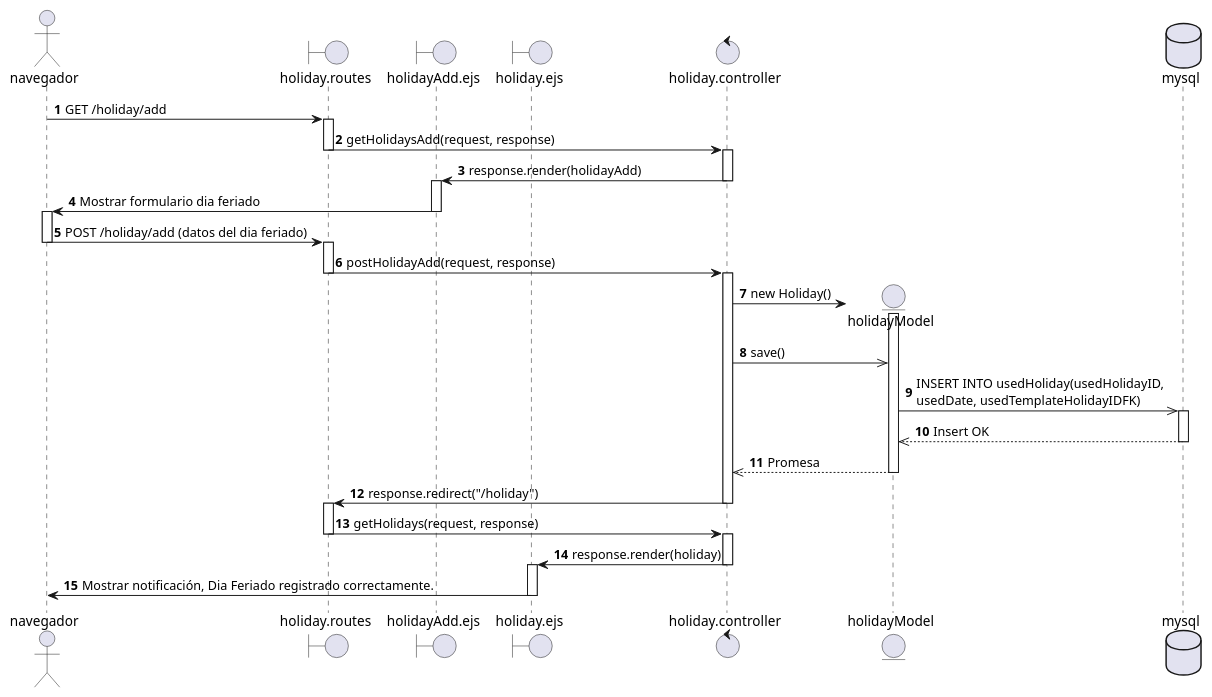
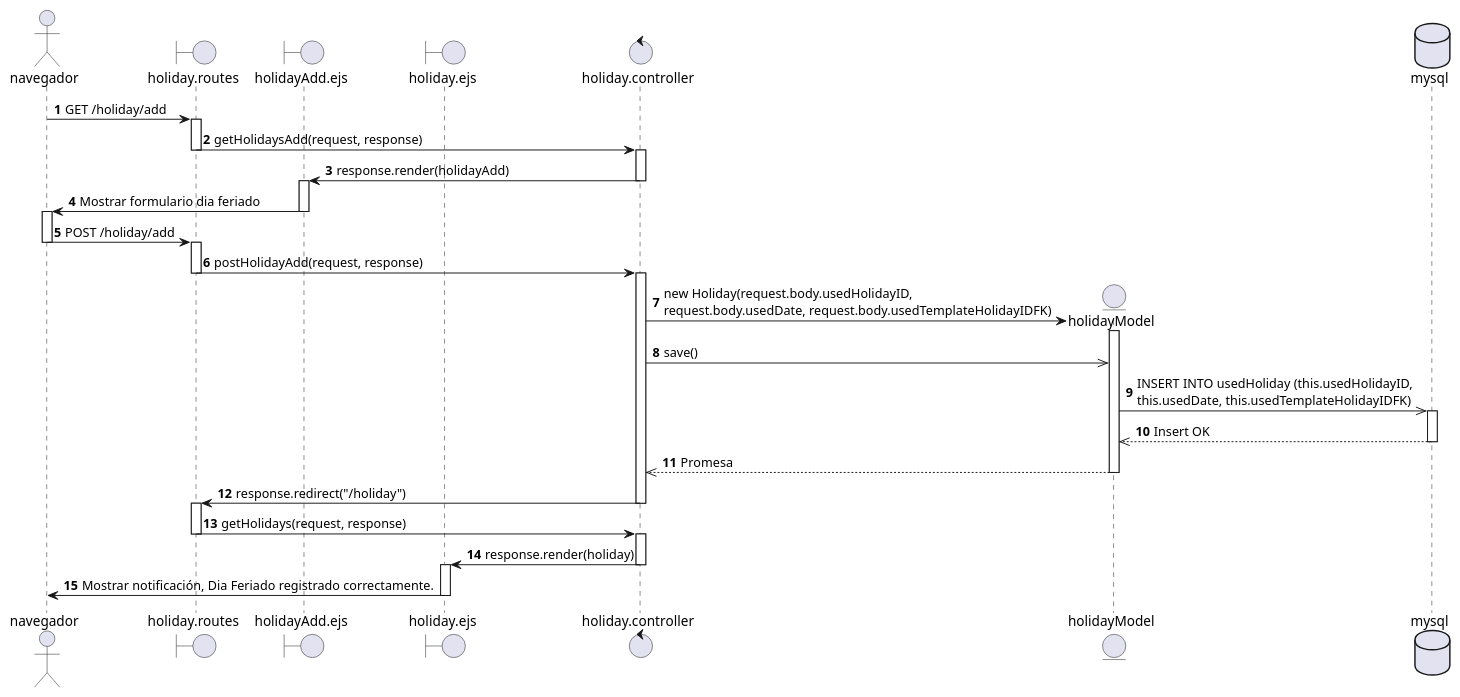
One commit to EdCanCe/WorkCells changed the diagram in diagrams/Casos de Uso/CU Emilio/DS/CU07.puml. Above: the diagram before and after it, drawn with PlantUML. The commit also changed 6 other files, not shown here.

Commit message:
Se añade la funcionalidad de visualisar datos del empleado

```diff
--- a/diagrams/Casos de Uso/CU Emilio/DS/CU07.puml
+++ b/diagrams/Casos de Uso/CU Emilio/DS/CU07.puml
@@ -1,60 +1,60 @@
 @startuml CU07 - Superadmin Registra dia feriado
 actor navegador
 boundary holiday.routes
 boundary holidayAdd.ejs
 boundary holiday.ejs
 control holiday.controller
 entity holidayModel
 database mysql
 
 autonumber
 navegador -> holiday.routes : GET /holiday/add
 activate holiday.routes
 
 holiday.routes -> holiday.controller: getHolidaysAdd(request, response)
 deactivate holiday.routes
 activate holiday.controller
 
 holiday.controller -> holidayAdd.ejs: response.render(holidayAdd)
 deactivate holiday.controller
 activate holidayAdd.ejs
 
 holidayAdd.ejs -> navegador : Mostrar formulario dia feriado
 deactivate holidayAdd.ejs
 activate navegador
 
-navegador -> holiday.routes : POST /holiday/add (datos del dia feriado)
+navegador -> holiday.routes : POST /holiday/add
 deactivate navegador
 activate holiday.routes
 
 holiday.routes -> holiday.controller : postHolidayAdd(request, response)
 deactivate holiday.routes
 activate holiday.controller
 create holidayModel
-holiday.controller -> holidayModel : new Holiday()
+holiday.controller -> holidayModel : new Holiday(request.body.usedHolidayID, \nrequest.body.usedDate, request.body.usedTemplateHolidayIDFK)
 activate holidayModel
 
 holiday.controller ->> holidayModel : save()
 
-holidayModel ->> mysql : INSERT INTO usedHoliday(usedHolidayID, \nusedDate, usedTemplateHolidayIDFK)
+holidayModel ->> mysql : INSERT INTO usedHoliday (this.usedHolidayID, \nthis.usedDate, this.usedTemplateHolidayIDFK)
 activate mysql
 mysql -->> holidayModel : Insert OK
 deactivate mysql
 holidayModel -->> holiday.controller : Promesa
 deactivate holidayModel
 
 holiday.controller -> holiday.routes : response.redirect("/holiday")
 deactivate holiday.controller
 activate holiday.routes
 
 holiday.routes -> holiday.controller : getHolidays(request, response)
 deactivate holiday.routes
 activate holiday.controller
 
 holiday.controller -> holiday.ejs : response.render(holiday)
 deactivate holiday.controller
 activate holiday.ejs
 
 holiday.ejs ->navegador : Mostrar notificación, Dia Feriado registrado correctamente.
 deactivate holiday.ejs
 @enduml
```
